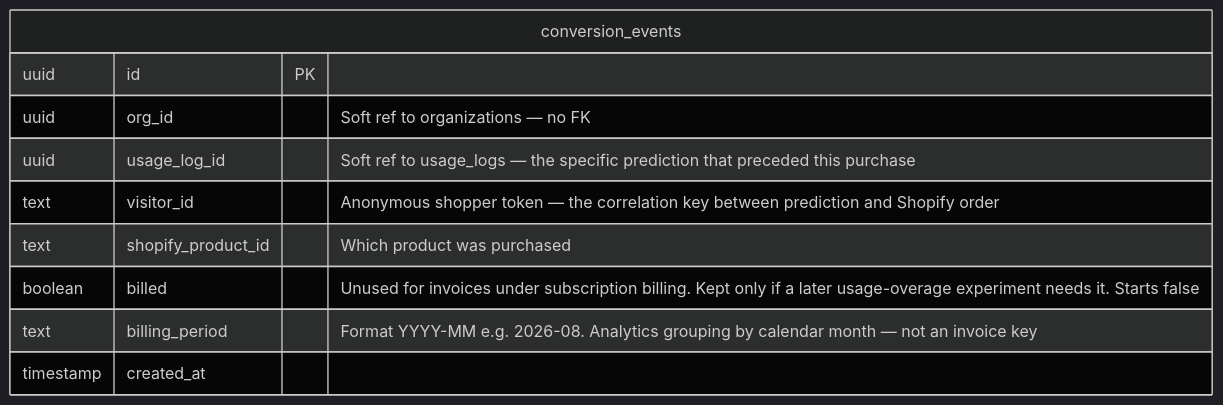
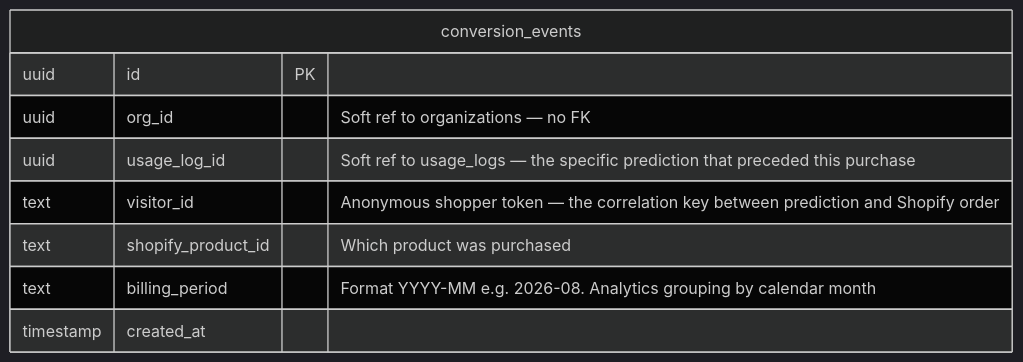
One commit to Planicle-labs/Snug changed the eighth of 11 diagrams in docs/schema-uml.md. Above: the diagram before and after it, drawn with Mermaid (dark theme). The commit also changed other lines of this file and 20 other files, not shown here.

Commit message:
feat(db): whole schema revamp

````diff
--- a/docs/schema-uml.md
+++ b/docs/schema-uml.md
@@ -364,13 +377,12 @@
 ```mermaid
 erDiagram
   conversion_events {
     uuid id PK
     uuid org_id "Soft ref to organizations — no FK"
     uuid usage_log_id "Soft ref to usage_logs — the specific prediction that preceded this purchase"
     text visitor_id "Anonymous shopper token — the correlation key between prediction and Shopify order"
     text shopify_product_id "Which product was purchased"
-    boolean billed "Unused for invoices under subscription billing. Kept only if a later usage-overage experiment needs it. Starts false"
-    text billing_period "Format YYYY-MM e.g. 2026-08. Analytics grouping by calendar month — not an invoice key"
+    text billing_period "Format YYYY-MM e.g. 2026-08. Analytics grouping by calendar month"
     timestamp created_at
   }
 ```
````
